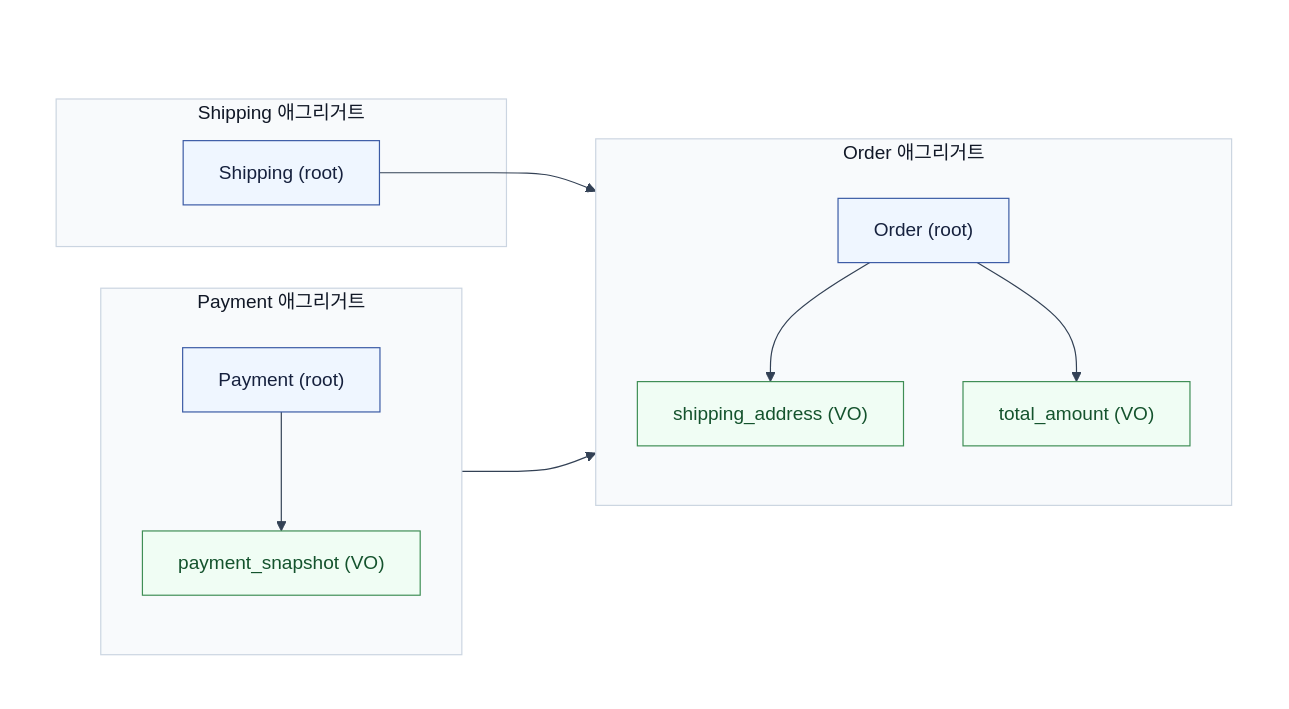
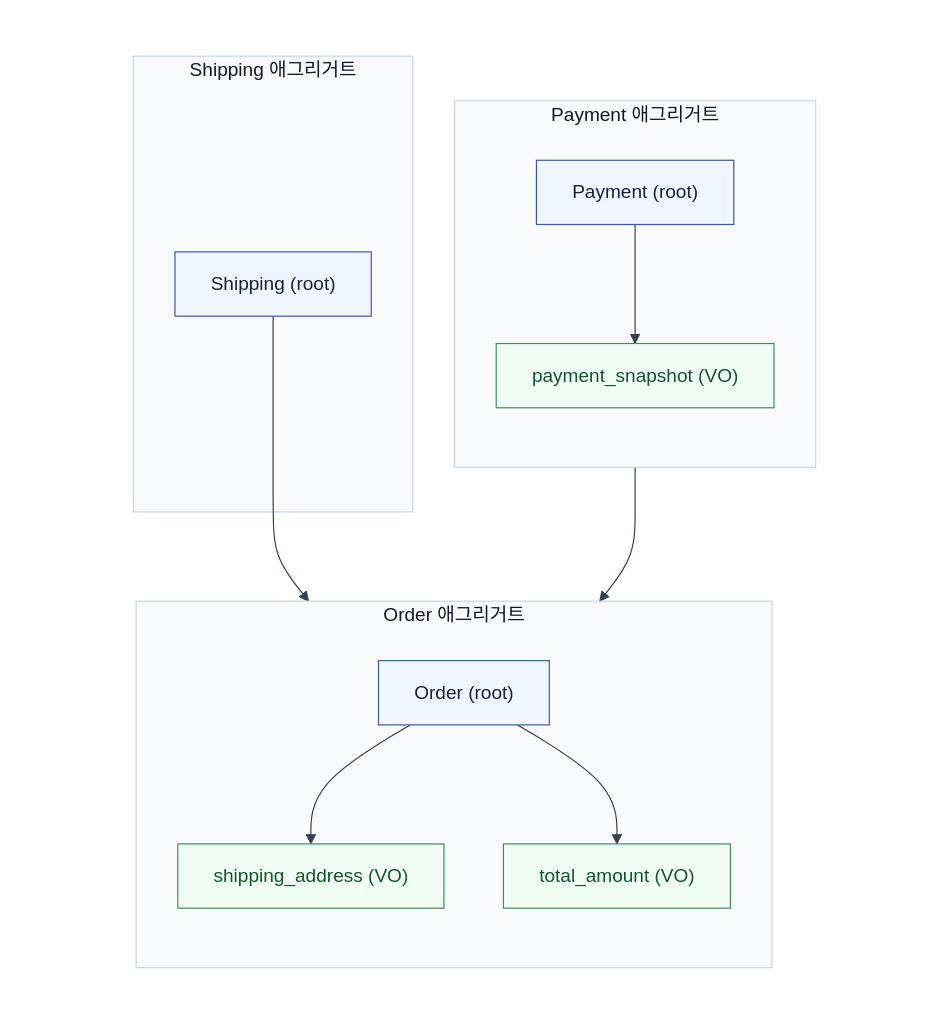
The diagram in computer-science/2606-ddd-aggregate.md (Hyune-s-lab/my-ai-study), drawn with Mermaid before and after one commit. The commit also changed 11 other files, not shown here.

Commit message:
docs: CS 문서 3종 추가 + 기존 문서 다이어그램·레이아웃 개선 (#25)

````diff
--- a/computer-science/2606-ddd-aggregate.md
+++ b/computer-science/2606-ddd-aggregate.md
@@ -5,46 +5,47 @@
 ```mermaid
 ---
 config:
   theme: base
   darkMode: false
+  look: classic
   themeVariables:
     background: "#ffffff"
     primaryColor: "#ffffff"
     primaryTextColor: "#111827"
     primaryBorderColor: "#475569"
     lineColor: "#334155"
     edgeLabelBackground: "#ffffff"
 ---
 flowchart LR
   subgraph canvas[" "]
-    direction LR
+    direction TB
     subgraph ord["Order 애그리거트"]
       direction TB
       ord_r["Order (root)"]
       ord_s["shipping_address (VO)"]
       ord_v["total_amount (VO)"]
       ord_r --> ord_s
       ord_r --> ord_v
     end
     subgraph pay["Payment 애그리거트"]
       direction TB
       pay_r["Payment (root)"]
       pay_p["payment_snapshot (VO)"]
       pay_r --> pay_p
     end
     subgraph shp["Shipping 애그리거트"]
       shp_r["Shipping (root)"]
     end
     pay_r --> ord_r
     shp_r --> ord_r
   end
 
   classDef root fill:#EFF6FF,stroke:#3B5BA5,stroke-width:1px,color:#16213E
   classDef vo fill:#F0FDF4,stroke:#3F8E55,stroke-width:1px,color:#14532D
   class ord_r,pay_r,shp_r root
   class ord_s,ord_v,pay_p vo
   style ord fill:#F8FAFC,stroke:#CBD5E1,stroke-width:1px,color:#111827
   style pay fill:#F8FAFC,stroke:#CBD5E1,stroke-width:1px,color:#111827
   style shp fill:#F8FAFC,stroke:#CBD5E1,stroke-width:1px,color:#111827
   style canvas fill:#ffffff,stroke:#ffffff,stroke-width:0px,color:#111827
 ```
````
